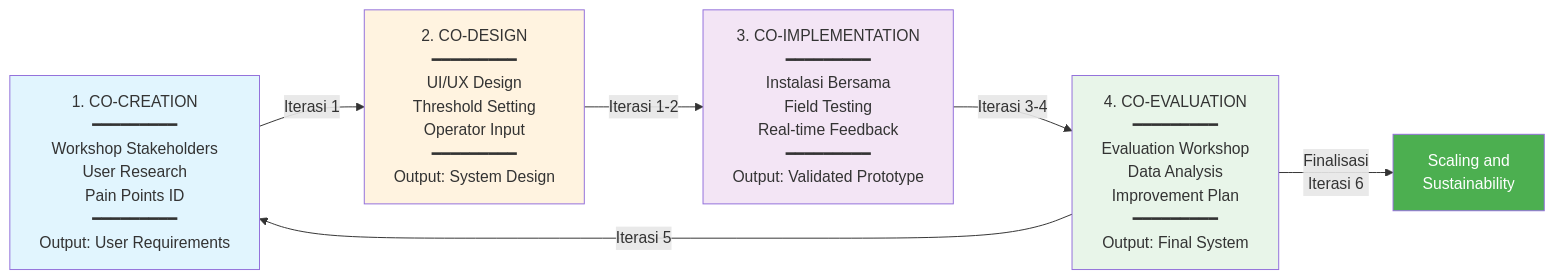
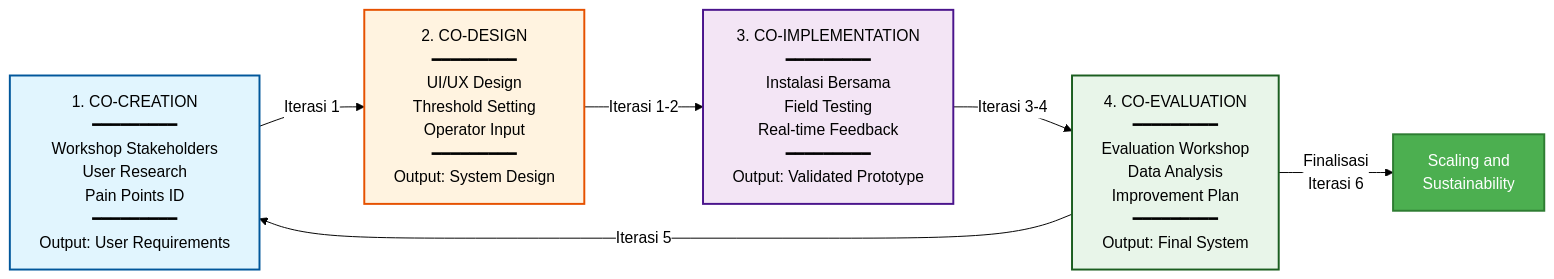
One commit to antonprafanto/buros2025 changed the fifth of 5 diagrams in 01_PROPOSAL_UTAMA_BESTARI_SAINTEK.md. Above: the diagram before and after it, drawn with Mermaid. The commit also changed other lines of this file, not shown here.

First line of the commit message:
Fix Mermaid diagram visibility for dark mode

````diff
--- a/01_PROPOSAL_UTAMA_BESTARI_SAINTEK.md
+++ b/01_PROPOSAL_UTAMA_BESTARI_SAINTEK.md
@@ -474,48 +481,49 @@
 ```mermaid
+%%{init: {'theme':'base', 'themeVariables': { 'primaryColor':'#ffffff','primaryTextColor':'#000','primaryBorderColor':'#000','lineColor':'#000','secondaryColor':'#f5f5f5','background':'#ffffff','mainBkg':'#ffffff','edgeLabelBackground':'#ffffff','nodeTextColor':'#000'}}}%%
 flowchart LR
     A["1. CO-CREATION
     ━━━━━━━━━
     Workshop Stakeholders
     User Research
     Pain Points ID
     ━━━━━━━━━
     Output: User Requirements"]
 
     B["2. CO-DESIGN
     ━━━━━━━━━
     UI/UX Design
     Threshold Setting
     Operator Input
     ━━━━━━━━━
     Output: System Design"]
 
     C["3. CO-IMPLEMENTATION
     ━━━━━━━━━
     Instalasi Bersama
     Field Testing
     Real-time Feedback
     ━━━━━━━━━
     Output: Validated Prototype"]
 
     D["4. CO-EVALUATION
     ━━━━━━━━━
     Evaluation Workshop
     Data Analysis
     Improvement Plan
     ━━━━━━━━━
     Output: Final System"]
 
     A -->|"Iterasi 1"| B
     B -->|"Iterasi 1-2"| C
     C -->|"Iterasi 3-4"| D
     D -->|"Iterasi 5"| A
     D -->|"Finalisasi
     Iterasi 6"| E["Scaling and
     Sustainability"]
 
-    style A fill:#e1f5fe
-    style B fill:#fff3e0
-    style C fill:#f3e5f5
-    style D fill:#e8f5e9
-    style E fill:#4caf50,color:#fff
+    style A fill:#e1f5fe,stroke:#01579b,stroke-width:2px,color:#000
+    style B fill:#fff3e0,stroke:#e65100,stroke-width:2px,color:#000
+    style C fill:#f3e5f5,stroke:#4a148c,stroke-width:2px,color:#000
+    style D fill:#e8f5e9,stroke:#1b5e20,stroke-width:2px,color:#000
+    style E fill:#4caf50,color:#fff,stroke:#2e7d32,stroke-width:2px
 ```
````
